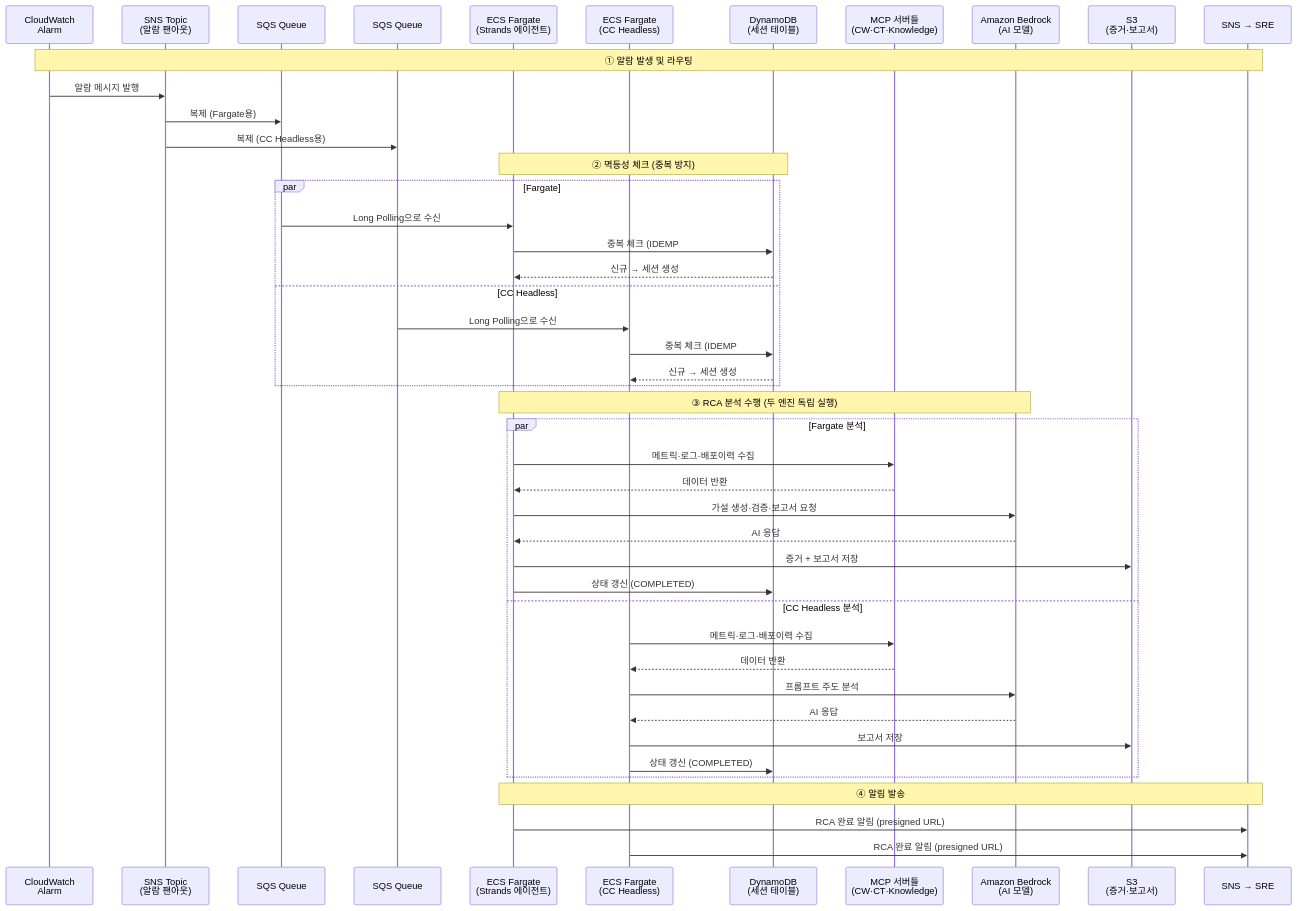
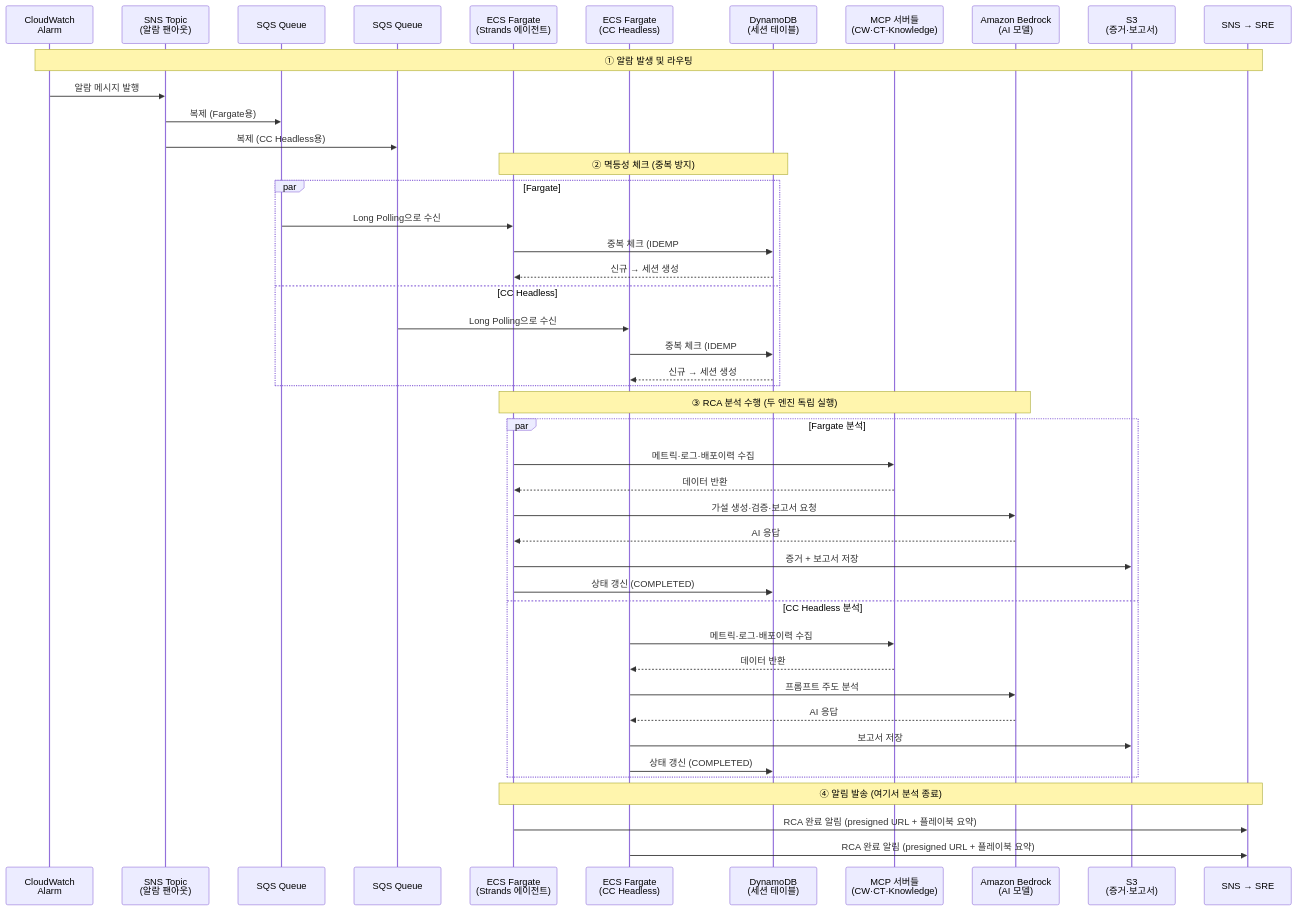
One commit to haandol/rca-agent changed the fourth of 25 diagrams in docs/system-guide-for-ops.md. Above: the diagram before and after it, drawn with Mermaid. The commit also changed other lines of this file and 7 other files, not shown here.

````diff
--- a/docs/system-guide-for-ops.md
+++ b/docs/system-guide-for-ops.md
@@ -191,51 +256,51 @@
 ```mermaid
 sequenceDiagram
     participant CW as CloudWatch<br/>Alarm
     participant SNS as SNS Topic<br/>(알람 팬아웃)
     participant SQS1 as SQS Queue #1<br/>(Fargate용)
     participant SQS2 as SQS Queue #2<br/>(CC Headless용)
     participant ECS as ECS Fargate<br/>(Strands 에이전트)
     participant CCH as ECS Fargate<br/>(CC Headless)
     participant DDB as DynamoDB<br/>(세션 테이블)
     participant MCP as MCP 서버들<br/>(CW·CT·Knowledge)
     participant BED as Amazon Bedrock<br/>(AI 모델)
     participant S3 as S3<br/>(증거·보고서)
     participant NOTIFY as SNS → SRE
 
     Note over CW,NOTIFY: ① 알람 발생 및 라우팅
     CW->>SNS: 알람 메시지 발행
     SNS->>SQS1: 복제 (Fargate용)
     SNS->>SQS2: 복제 (CC Headless용)
 
     Note over ECS,DDB: ② 멱등성 체크 (중복 방지)
     par Fargate
         SQS1->>ECS: Long Polling으로 수신
         ECS->>DDB: 중복 체크 (IDEMP# 키)
         DDB-->>ECS: 신규 → 세션 생성
     and CC Headless
         SQS2->>CCH: Long Polling으로 수신
         CCH->>DDB: 중복 체크 (IDEMP# 키)
         DDB-->>CCH: 신규 → 세션 생성
     end
 
     Note over ECS,BED: ③ RCA 분석 수행 (두 엔진 독립 실행)
     par Fargate 분석
         ECS->>MCP: 메트릭·로그·배포이력 수집
         MCP-->>ECS: 데이터 반환
         ECS->>BED: 가설 생성·검증·보고서 요청
         BED-->>ECS: AI 응답
         ECS->>S3: 증거 + 보고서 저장
         ECS->>DDB: 상태 갱신 (COMPLETED)
     and CC Headless 분석
         CCH->>MCP: 메트릭·로그·배포이력 수집
         MCP-->>CCH: 데이터 반환
         CCH->>BED: 프롬프트 주도 분석
         BED-->>CCH: AI 응답
         CCH->>S3: 보고서 저장
         CCH->>DDB: 상태 갱신 (COMPLETED)
     end
 
-    Note over ECS,NOTIFY: ④ 알림 발송
-    ECS->>NOTIFY: RCA 완료 알림 (presigned URL)
-    CCH->>NOTIFY: RCA 완료 알림 (presigned URL)
+    Note over ECS,NOTIFY: ④ 알림 발송 (여기서 분석 종료)
+    ECS->>NOTIFY: RCA 완료 알림 (presigned URL + 플레이북 요약)
+    CCH->>NOTIFY: RCA 완료 알림 (presigned URL + 플레이북 요약)
 ```
````
